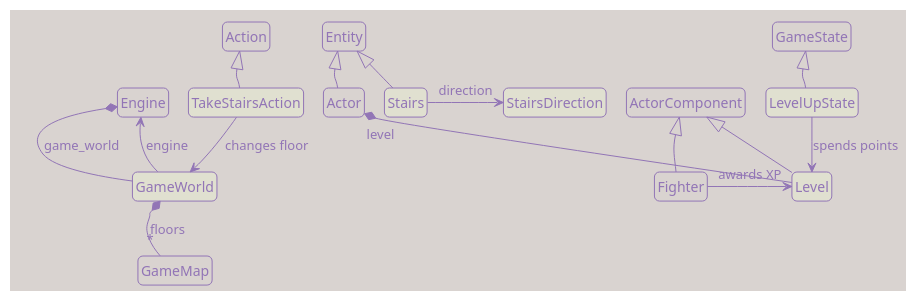
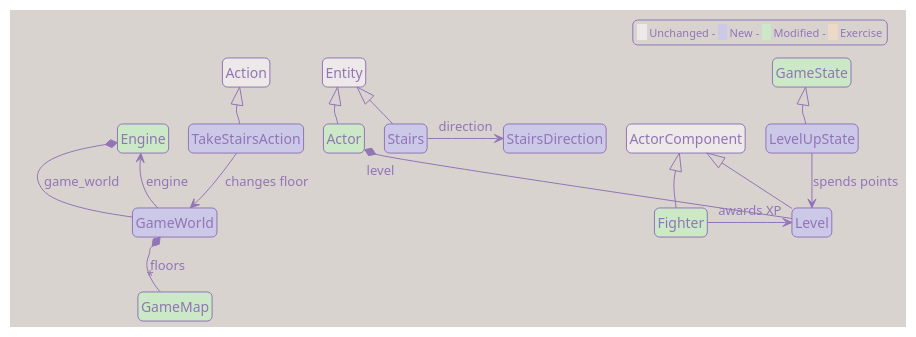
The diagram in uml/part11_local_classes.puml (Darky-Lucera/roguelike-tutorial-python-tcod), drawn with PlantUML before and after one commit. The commit also changed 64 other files, not shown here.

Commit message:
Improve class diagrams. Minor changes

```diff
--- a/uml/part11_local_classes.puml
+++ b/uml/part11_local_classes.puml
@@ -1,108 +1,113 @@
 @startuml part11_local_classes
 
 !theme mimeograph
 
 top to bottom direction
 
 hide members
 hide circle
 
 skinparam roundcorner 10
+skinparam classBackgroundColor #ece9e8
 skinparam noteFontSize 10
 skinparam noteBorderThickness 1
 skinparam noteMargin 2
 skinparam notePadding 2
 skinparam nodesep 20
 skinparam ranksep 35
 
 set namespaceSeparator none
 
 '--------------------------------------
 ' Classes
 '--------------------------------------
 
-class "Engine" as game.engine.Engine {
+class "Engine" as game.engine.Engine #cce9c7 {
 }
 
-class "GameMap" as game.map.game_map.GameMap {
+class "GameMap" as game.map.game_map.GameMap #cce9c7 {
 }
 
 class "Entity" as game.entities.entity.Entity {
 }
 
-class "Actor" as game.entities.entity.Actor {
+class "Actor" as game.entities.entity.Actor #cce9c7 {
 }
 
-class "Stairs" as game.entities.entity.Stairs #e0e0d0 {
+class "Stairs" as game.entities.entity.Stairs #ccc9e8 {
 }
 
-class "StairsDirection" as game.entities.entity.StairsDirection #e0e0d0 {
+class "StairsDirection" as game.entities.entity.StairsDirection #ccc9e8 {
 }
 
 class "ActorComponent" as game.entities.components.base_component.ActorComponent {
 }
 
-class "Fighter" as game.entities.components.fighter.Fighter {
+class "Fighter" as game.entities.components.fighter.Fighter #cce9c7 {
 }
 
-class "Level" as game.entities.components.level.Level #e0e0d0 {
+class "Level" as game.entities.components.level.Level #ccc9e8 {
 }
 
 class "Action" as game.actions.Action {
 }
 
-class "TakeStairsAction" as game.actions.TakeStairsAction #e0e0d0 {
+class "TakeStairsAction" as game.actions.TakeStairsAction #ccc9e8 {
 }
 
-class "GameState" as game.game_states.GameState {
+class "GameState" as game.game_states.GameState #cce9c7 {
 }
 
-class "LevelUpState" as game.game_states.LevelUpState #e0e0d0 {
+class "LevelUpState" as game.game_states.LevelUpState #ccc9e8 {
 }
 
-class "GameWorld" as game.game_world.GameWorld #e0e0d0 {
+class "GameWorld" as game.game_world.GameWorld #ccc9e8 {
 }
 
 '--------------------------------------
 ' Relations
 '--------------------------------------
 
 ' Inheritance: base class first, derived class second.
 game.entities.entity.Entity <|-- game.entities.entity.Actor
 game.entities.entity.Entity <|-- game.entities.entity.Stairs
 game.entities.components.base_component.ActorComponent <|-- game.entities.components.fighter.Fighter
 game.entities.components.base_component.ActorComponent <|-- game.entities.components.level.Level
 game.actions.Action <|-- game.actions.TakeStairsAction
 game.game_states.GameState <|-- game.game_states.LevelUpState
 
 ' New ownership and references introduced by dungeon levels.
 game.engine.Engine *-- game.game_world.GameWorld : game_world
 game.game_world.GameWorld *-- "*" game.map.game_map.GameMap : floors
 game.game_world.GameWorld -up-> game.engine.Engine : engine
 game.entities.entity.Actor "level" *-- game.entities.components.level.Level
 game.entities.entity.Stairs --> game.entities.entity.StairsDirection : direction
 
 ' Existing classes touched by the chapter.
 game.entities.components.fighter.Fighter --> game.entities.components.level.Level : awards XP
 game.actions.TakeStairsAction --> game.game_world.GameWorld : changes floor
 game.game_states.LevelUpState --> game.entities.components.level.Level : spends points
 
 '--------------------------------------
 ' Layout hints
 '--------------------------------------
 
 game.engine.Engine -[hidden]down- game.game_world.GameWorld
 game.game_world.GameWorld -[hidden]down- game.map.game_map.GameMap
 
 game.entities.entity.Entity -[hidden]down- game.entities.entity.Actor
 game.entities.entity.Actor -[hidden]right- game.entities.entity.Stairs
 game.entities.entity.Stairs -[hidden]right- game.entities.entity.StairsDirection
 
 game.entities.components.base_component.ActorComponent -[hidden]down- game.entities.components.fighter.Fighter
 game.entities.components.fighter.Fighter -[hidden]right- game.entities.components.level.Level
 
 game.actions.Action -[hidden]down- game.actions.TakeStairsAction
 game.game_states.GameState -[hidden]down- game.game_states.LevelUpState
 game.actions.TakeStairsAction -[hidden]right- game.game_states.LevelUpState
 
+legend top right
+<size:11><back:#ece9e8>   </back> Unchanged - <back:#ccc9e8>   </back> New - <back:#cce9c7>   </back> Modified - <back:#ecdac7>   </back> Exercise</size>
+endlegend
+
 @enduml
```
